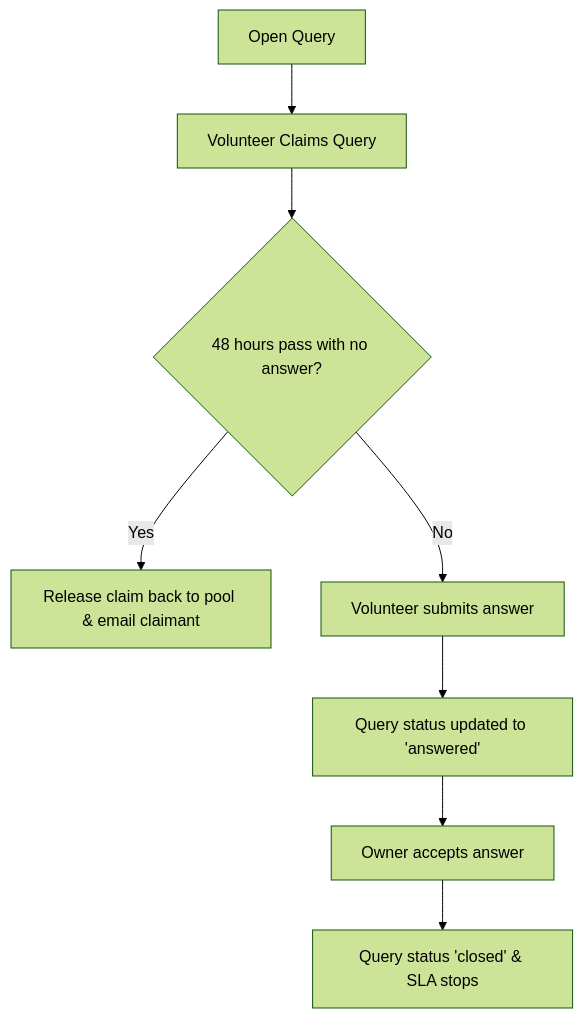
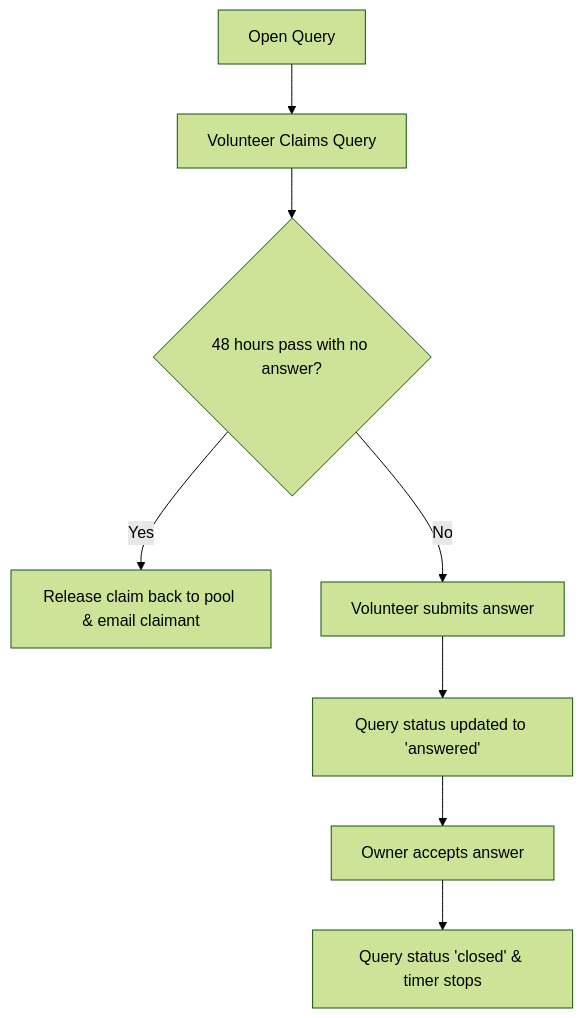
One commit to devikanambiar05/cs16 changed the second of 3 diagrams in product.md. Above: the diagram before and after it, drawn with Mermaid (forest theme). The commit also changed other lines of this file and 44 other files, not shown here.

Commit message:
feat: complete feature polish, remove SLA/Knowledge Graph jargon, update reports, and add docker configurations

````diff
--- a/product.md
+++ b/product.md
@@ -69,10 +69,10 @@
 ```mermaid
 graph TD
   A[Open Query] --> B[Volunteer Claims Query]
   B --> C{48 hours pass with no answer?}
   C -- Yes --> D[Release claim back to pool & email claimant]
   C -- No --> E[Volunteer submits answer]
   E --> F[Query status updated to 'answered']
   F --> G[Owner accepts answer]
-  G --> H[Query status 'closed' & SLA stops]
+  G --> H[Query status 'closed' & timer stops]
 ```
````
